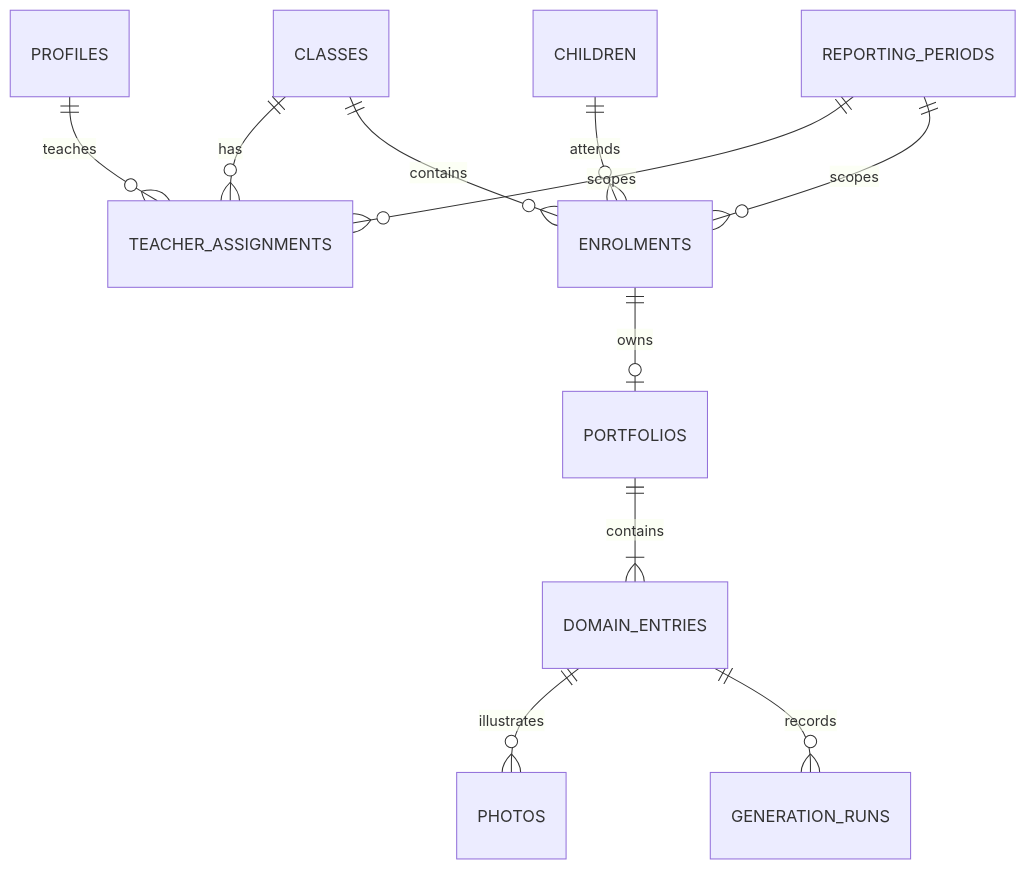
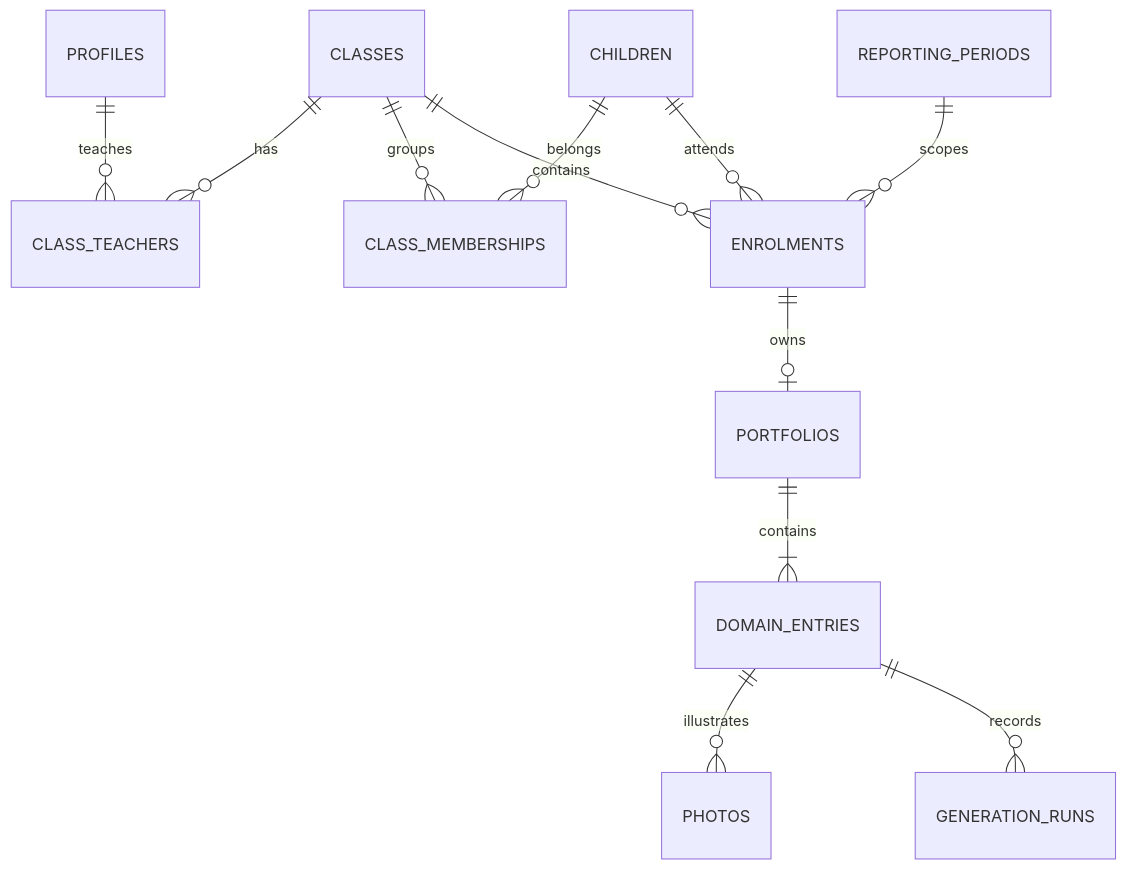
One commit to Doraemon-00/riverbay-portfolio changed the diagram in docs/ARCHITECTURE.md. Above: the diagram before and after it, drawn with Mermaid. The commit also changed other lines of this file and 69 other files, not shown here.

````diff
--- a/docs/ARCHITECTURE.md
+++ b/docs/ARCHITECTURE.md
@@ -20,13 +20,14 @@
 ```mermaid
 erDiagram
-  PROFILES ||--o{ TEACHER_ASSIGNMENTS : teaches
-  CLASSES ||--o{ TEACHER_ASSIGNMENTS : has
-  REPORTING_PERIODS ||--o{ TEACHER_ASSIGNMENTS : scopes
+  PROFILES ||--o{ CLASS_TEACHERS : teaches
+  CLASSES ||--o{ CLASS_TEACHERS : has
+  CHILDREN ||--o{ CLASS_MEMBERSHIPS : belongs
+  CLASSES ||--o{ CLASS_MEMBERSHIPS : groups
   CHILDREN ||--o{ ENROLMENTS : attends
   CLASSES ||--o{ ENROLMENTS : contains
   REPORTING_PERIODS ||--o{ ENROLMENTS : scopes
   ENROLMENTS ||--o| PORTFOLIOS : owns
   PORTFOLIOS ||--|{ DOMAIN_ENTRIES : contains
   DOMAIN_ENTRIES ||--o{ PHOTOS : illustrates
   DOMAIN_ENTRIES ||--o{ GENERATION_RUNS : records
 ```
````
